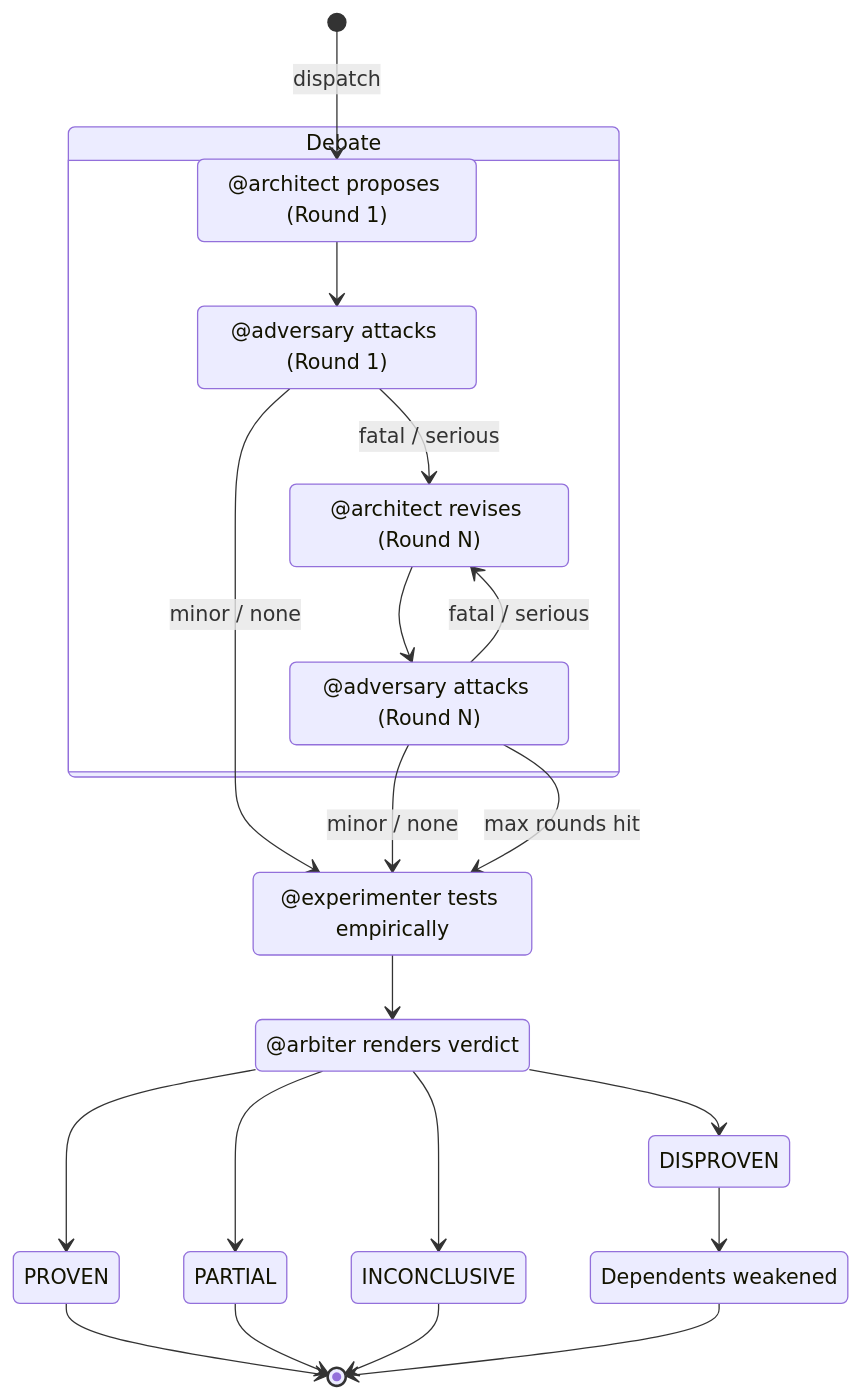
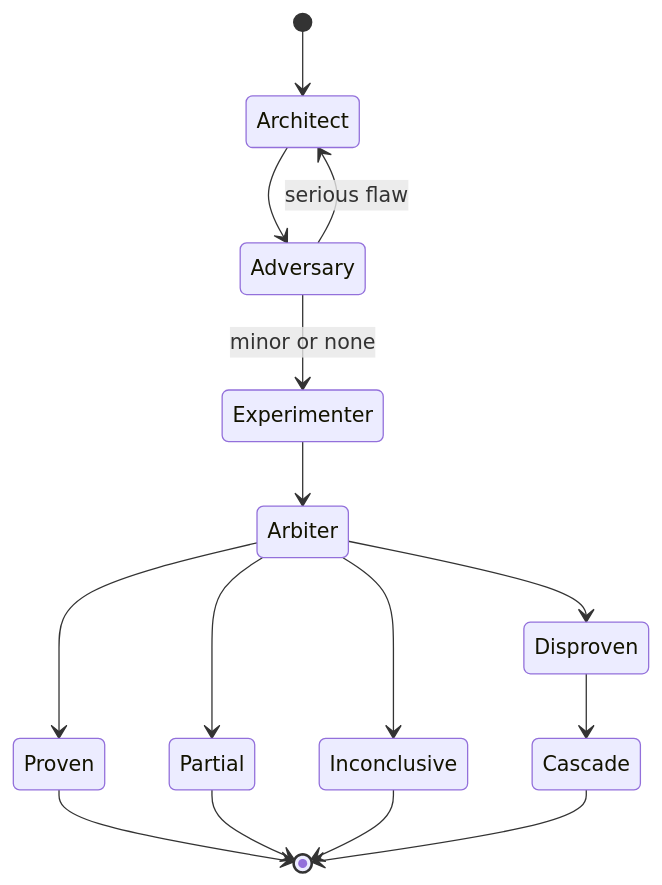
Before and after one commit to Gavin-Qiao/adversarial-research: the second of 2 diagrams in README.md, drawn with Mermaid. The commit also changed other lines of this file and 1 other file, not shown here.

````diff
--- a/README.md
+++ b/README.md
@@ -156,37 +145,17 @@
 ```mermaid
 stateDiagram-v2
-    [*] --> Architect_R1: dispatch
-
-    state "Debate" as debate {
-        Architect_R1: @architect proposes (Round 1)
-        Adversary_R1: @adversary attacks (Round 1)
-        Architect_RN: @architect revises (Round N)
-        Adversary_RN: @adversary attacks (Round N)
-
-        Architect_R1 --> Adversary_R1
-        Adversary_R1 --> Architect_RN: fatal / serious
-        Architect_RN --> Adversary_RN
-        Adversary_RN --> Architect_RN: fatal / serious
-    }
-
-    Adversary_R1 --> Experimenter: minor / none
-    Adversary_RN --> Experimenter: minor / none
-    Adversary_RN --> Experimenter: max rounds hit
-
-    Experimenter: @experimenter tests empirically
-    Arbiter: @arbiter renders verdict
-
+    [*] --> Architect
+    Architect --> Adversary
+    Adversary --> Architect: serious flaw
+    Adversary --> Experimenter: minor or none
     Experimenter --> Arbiter
-    Arbiter --> PROVEN
-    Arbiter --> DISPROVEN
-    Arbiter --> PARTIAL
-    Arbiter --> INCONCLUSIVE
-
-    PROVEN --> [*]
-    DISPROVEN --> Cascade
-    PARTIAL --> [*]
-    INCONCLUSIVE --> [*]
-
-    Cascade: Dependents weakened
+    Arbiter --> Proven
+    Arbiter --> Disproven
+    Arbiter --> Partial
+    Arbiter --> Inconclusive
+    Proven --> [*]
+    Disproven --> Cascade
+    Partial --> [*]
+    Inconclusive --> [*]
     Cascade --> [*]
 ```
````
